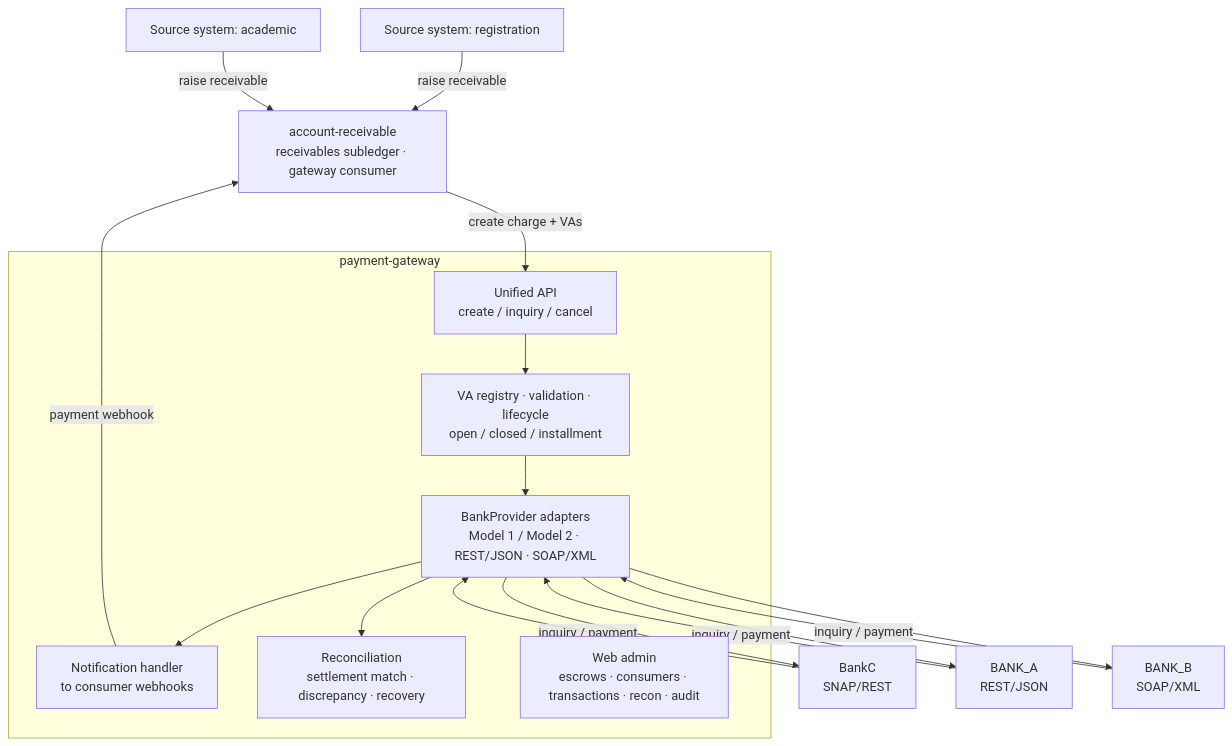
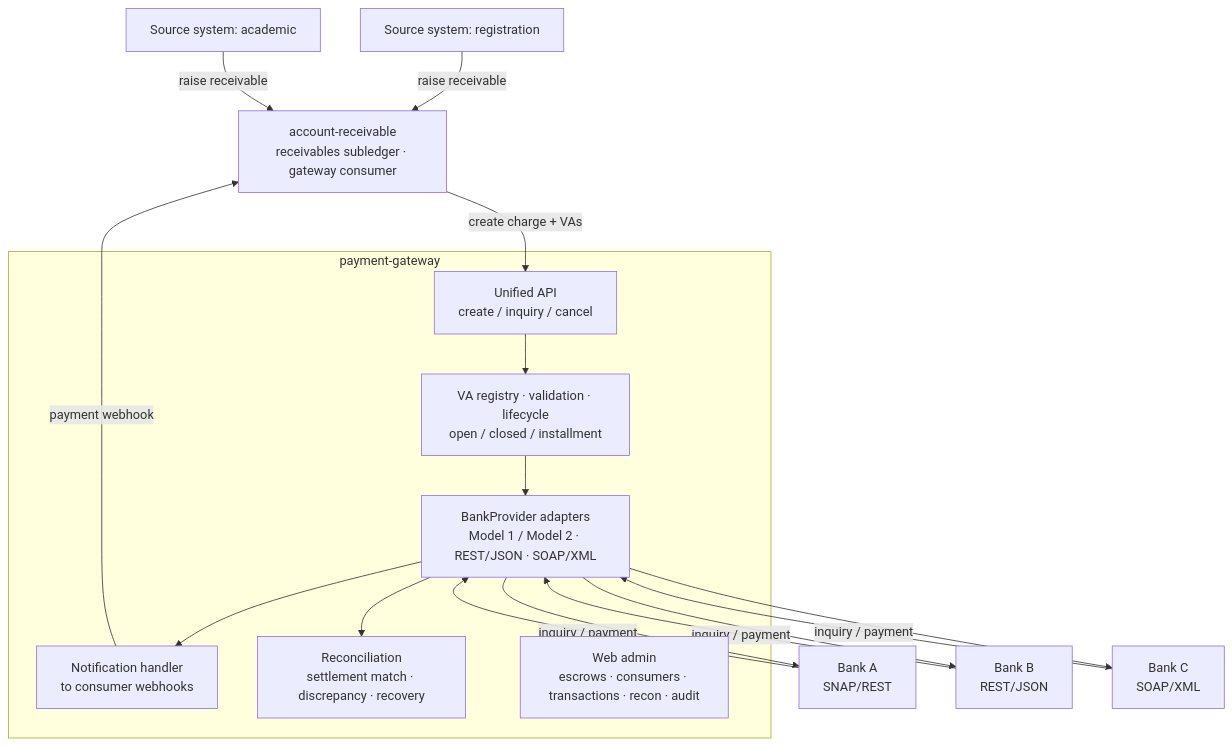
The diagram in README.md (artivisi/payment-gateway), drawn with Mermaid before and after one commit. The commit also changed other lines of this file and 41 other files, not shown here.

````diff
--- a/README.md
+++ b/README.md
@@ -92,30 +95,30 @@
 ```mermaid
 flowchart TD
   S1[Source system: registration]
   S2[Source system: academic]
   AR[account-receivable<br/>receivables subledger · gateway consumer]
   subgraph GW[payment-gateway]
     API[Unified API<br/>create / inquiry / cancel]
     CORE[VA registry · validation · lifecycle<br/>open / closed / installment]
     NOTIF[Notification handler<br/>to consumer webhooks]
     RECON[Reconciliation<br/>settlement match · discrepancy · recovery]
     ADMIN[Web admin<br/>escrows · consumers · transactions · recon · audit]
     ADP[BankProvider adapters<br/>Model 1 / Model 2 · REST/JSON · SOAP/XML]
   end
-  B1[BankC<br/>SNAP/REST]
-  B2[BANK_A<br/>REST/JSON]
-  B3[BANK_B<br/>SOAP/XML]
+  B1[Bank A<br/>SNAP/REST]
+  B2[Bank B<br/>REST/JSON]
+  B3[Bank C<br/>SOAP/XML]
   S1 -->|raise receivable| AR
   S2 -->|raise receivable| AR
   AR -->|create charge + VAs| API
   API --> CORE --> ADP
   ADP --> B1
   ADP --> B2
   ADP --> B3
   B1 -->|inquiry / payment| ADP
   B2 -->|inquiry / payment| ADP
   B3 -->|inquiry / payment| ADP
   ADP --> NOTIF
   NOTIF -->|payment webhook| AR
   ADP --> RECON
 ```
````
